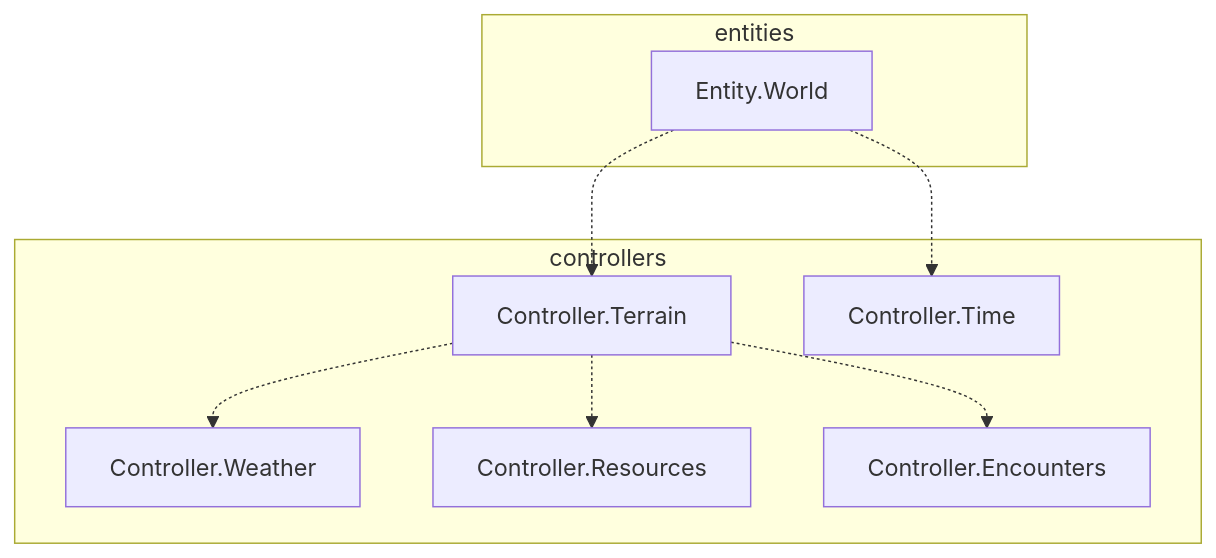
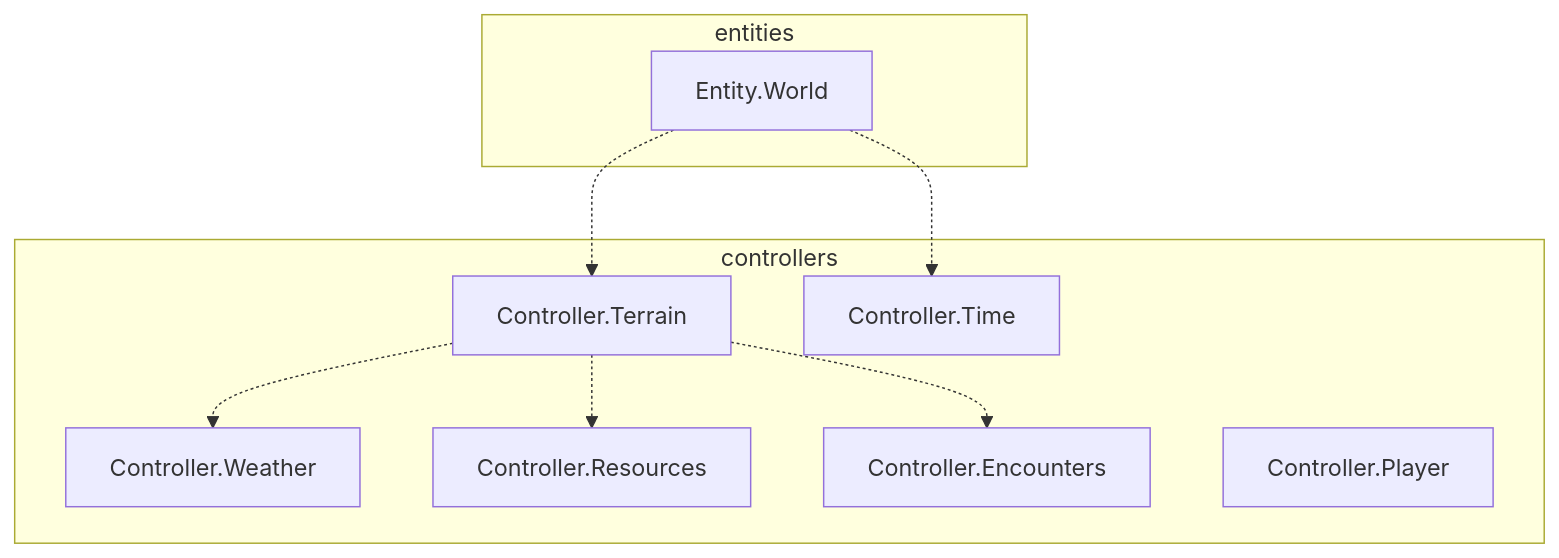
One commit to crystalfiction/rpg-simulator changed the second of 3 diagrams in README.md. Above: the diagram before and after it, drawn with Mermaid. The commit also changed other lines of this file, not shown here.

````diff
--- a/README.md
+++ b/README.md
@@ -21,24 +21,25 @@
 ```mermaid
 flowchart
     subgraph entities
         Entity.World
 
     end
 
     Entity.World -.-> Controller.Terrain
     Entity.World -.-> Controller.Time
 
     subgraph controllers
         Controller.Terrain
         Controller.Weather
         Controller.Resources
         Controller.Encounters
+        Controller.Player
         Controller.Time
 
         Controller.Terrain -.-> Controller.Weather
         Controller.Terrain -.-> Controller.Resources
         Controller.Terrain -.-> Controller.Encounters
 
     end
 
 ```
````
